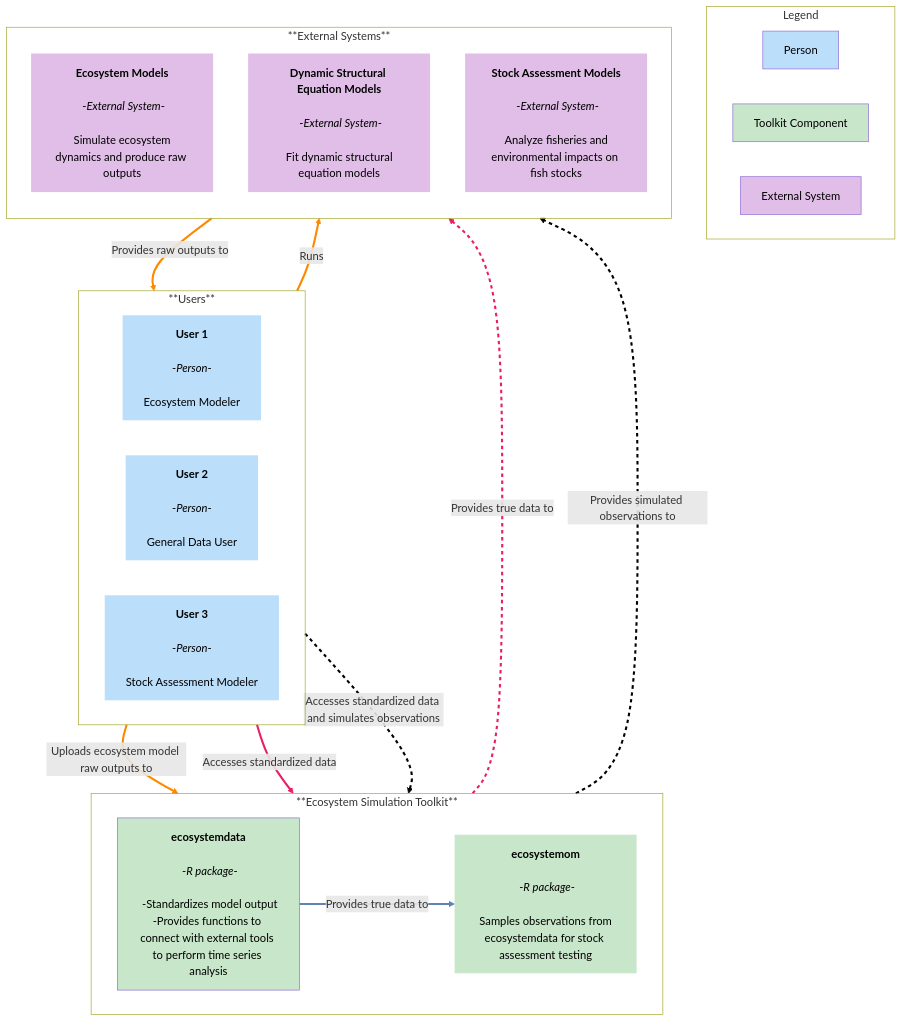
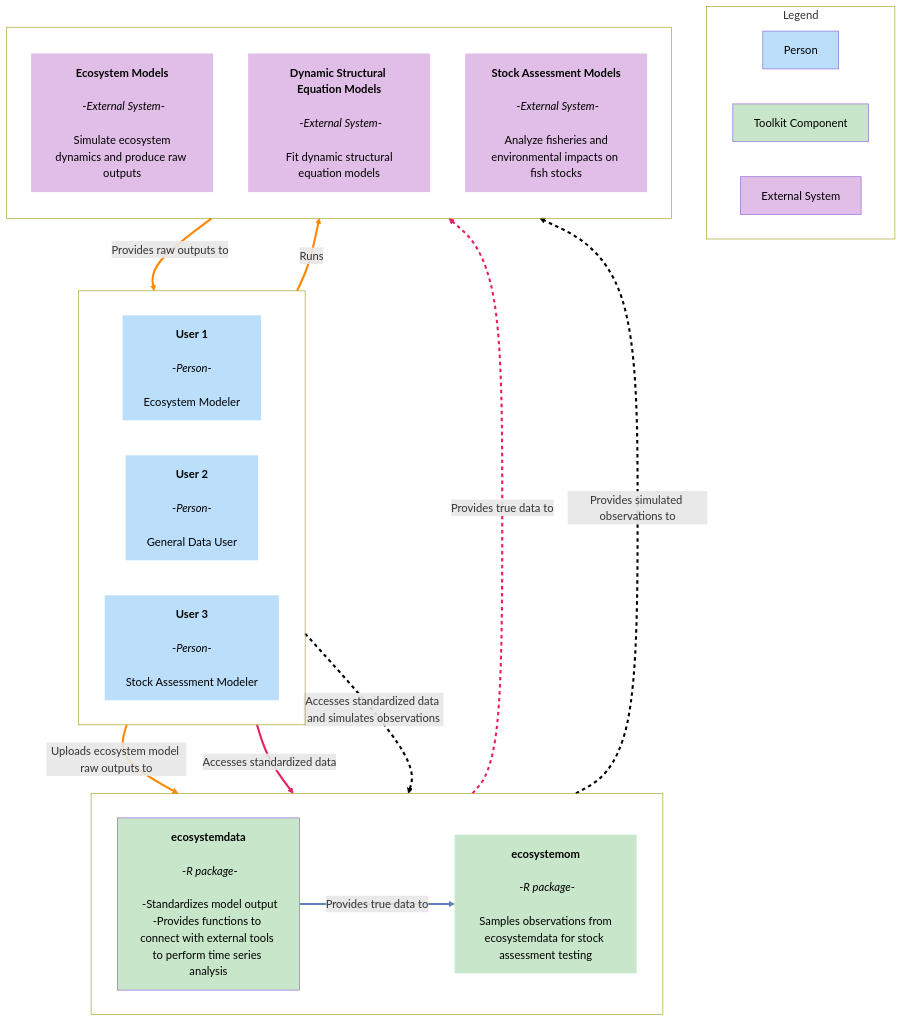
The diagram in architecture_diagrams/system_context_diagram.md (NOAA-FIMS/ecosystemom), drawn with Mermaid before and after one commit.

Commit message:
remove titles in the subgraph

````diff
--- a/architecture_diagrams/system_context_diagram.md
+++ b/architecture_diagrams/system_context_diagram.md
@@ -7,64 +7,64 @@
 ```mermaid
 %%{init: { 'themeVariables': { 'clusterBkg': 'transparent' } } }%%
 flowchart TB
 
 %% Define styles for nodes
 classDef borderless stroke-width:0px
 classDef lightblue fill:#BBDEFB, color:#000
 classDef lightgreen fill:#C8E6C9, color:#000
 classDef lightpurple fill:#E1BEE7, color:#000
 
 %% Set up legend for nodes
 subgraph Legend
     direction LR
     Legend1[Person]:::lightblue
     Legend2[Toolkit Component]:::lightgreen
     Legend3[External System]:::lightpurple
 end
 
 %% Define users
-subgraph **Users**
+subgraph "" 
     direction LR
     U1[<b>User 1</b><br/><br/>-<i>Person</i>-<br/><br/>Ecosystem Modeler]:::lightblue
     U2[<b>User 2</b><br/><br/>-<i>Person</i>-<br/><br/>General Data User]:::lightblue
     U3[<b>User 3</b><br/><br/>-<i>Person</i>-<br/><br/>Stock Assessment Modeler]:::lightblue
 end
 
 %% Define ecosystem simulation toolkit
-subgraph **Ecosystem Simulation Toolkit**
+subgraph "" 
     direction LR
     EcosystemData[<b>ecosystemdata</b><br/><br/> -<i>R package</i>-<br/><br/> -Standardizes model output<br/>-Provides functions to connect with external tools to perform time series analysis]:::lightgreen
     EcosystemOM[<b>ecosystemom</b><br/><br/> -<i>R package</i>-<br/><br/> Samples observations from ecosystemdata for stock assessment testing]:::lightgreen
 end
 
 %% Define external systems
-subgraph **External Systems**
+subgraph "" 
     direction TB
     EM[<b>Ecosystem Models</b><br/><br/> -<i>External System</i>-<br/><br/> Simulate ecosystem dynamics and produce raw outputs]:::lightpurple
     DSEM[<b>Dynamic Structural Equation Models</b><br/><br/> -<i>External System</i>-<br/><br/> Fit dynamic structural equation models]:::lightpurple
     SA[<b>Stock Assessment Models</b><br/><br/> -<i>External System</i>-<br/><br/> Analyze fisheries and environmental impacts on fish stocks]:::lightpurple
 end
 
 %% Define connections
 U1--Runs -->EM
 EM--Provides raw outputs to -->U1
 U1--Uploads ecosystem model raw outputs to -->EcosystemData
 EcosystemData--Provides true data to -->EcosystemOM
 U2--Accesses standardized data -->EcosystemData
 EcosystemData--Provides true data to -->DSEM 
 U3--Accesses standardized data and simulates observations -->EcosystemOM 
 EcosystemOM--Provides simulated observations to -->SA
 %% TODO: link DSEM to SA from left to right. The code below doesn't work.
 %%DSEM--Provides improved assumptions and paramters -->SA
 
 class U1,U2,U3,EcosystemOM,Ecosystemdata,EM,DSEM,SA borderless
 linkStyle 0 stroke:#ff8800,stroke-width:3px
 linkStyle 1 stroke:#ff8800,stroke-width:3px
 linkStyle 2 stroke:#ff8800,stroke-width:3px
 linkStyle 3 stroke:#6082B6,stroke-width:3px
 linkStyle 4 stroke:#e91e63,stroke-width:3px
 linkStyle 5 stroke:#e91e63,stroke-width:3px,stroke-dasharray:5,5
 linkStyle 6 stroke:black,stroke-width:3px,stroke-dasharray:5,5
 linkStyle 7 stroke:black,stroke-width:3px,stroke-dasharray:5,5
 %%linkStyle 8 stroke:#62524F,stroke-width:3px,stroke-dasharray:5,5
 ```
````
